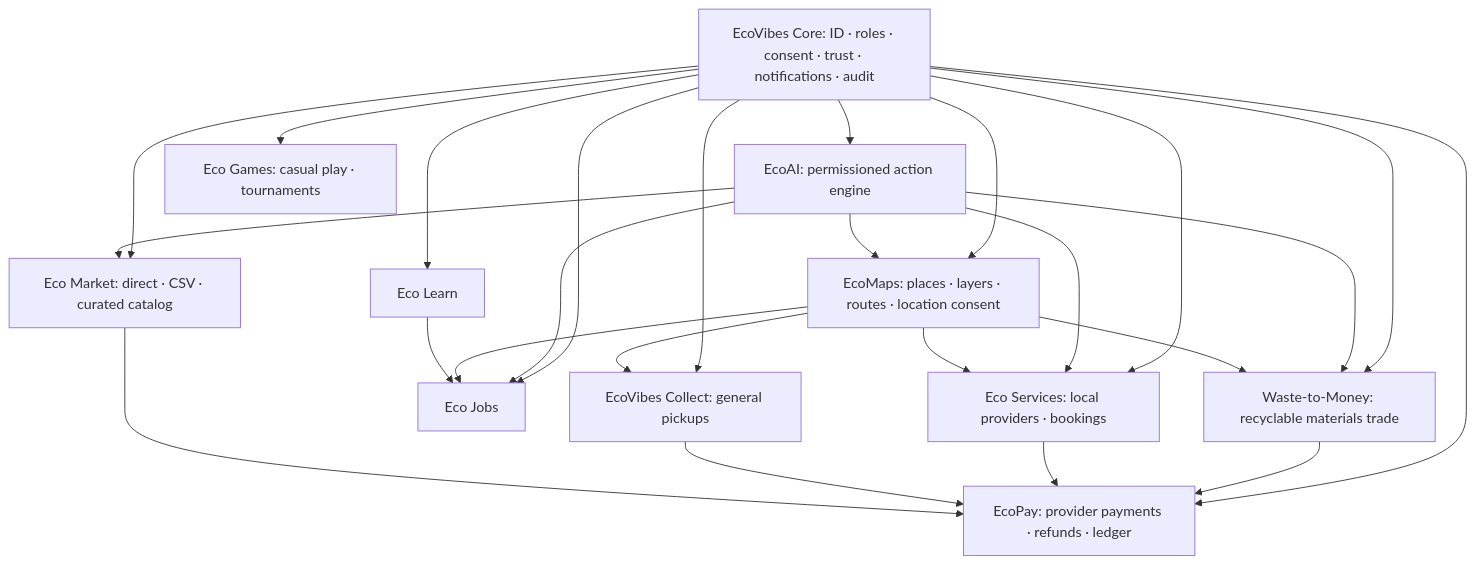
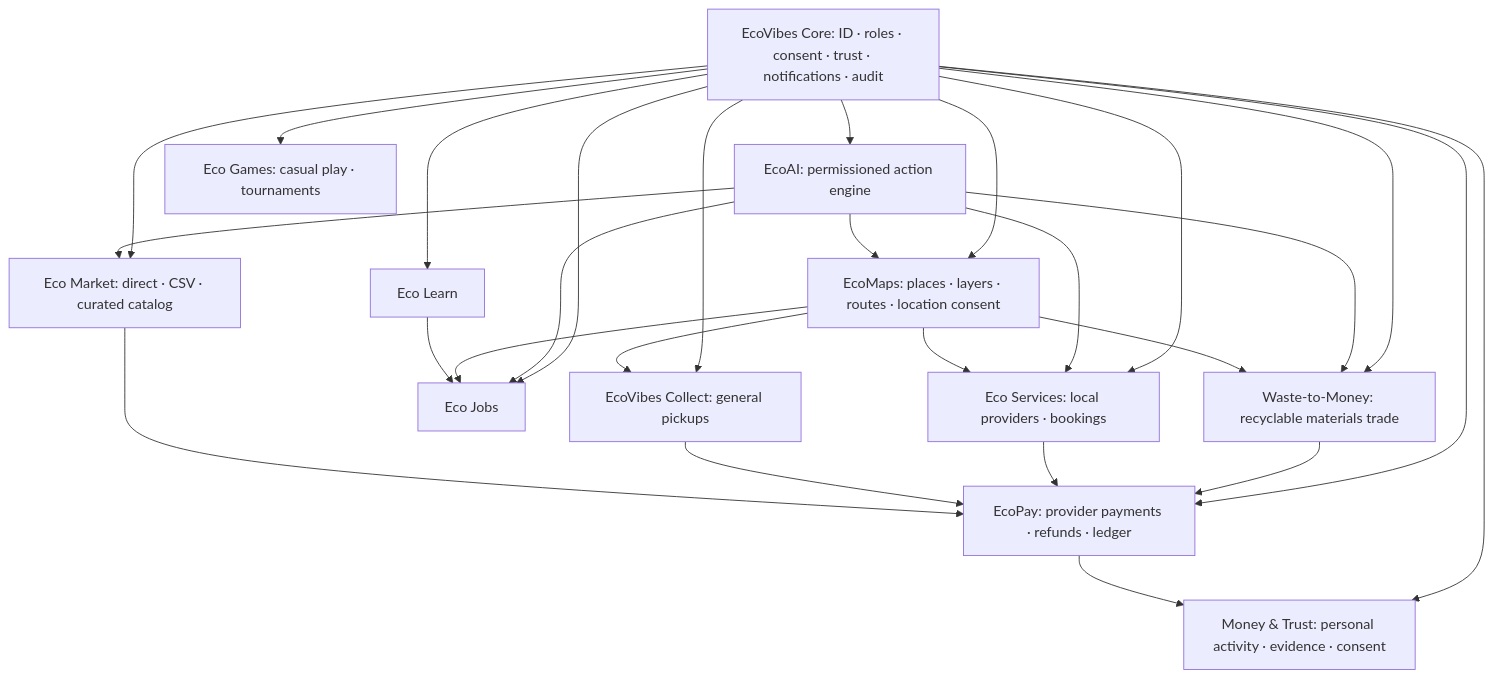
One commit to konyahphilip-byte/life-of-kings changed the diagram in docs/ecovibes-build-plan/README.md. Above: the diagram before and after it, drawn with Mermaid. The commit also changed other lines of this file and 29 other files, not shown here.

First line of the commit message:
Add private Money and Trust activity and harden test refund reconciliation

````diff
--- a/docs/ecovibes-build-plan/README.md
+++ b/docs/ecovibes-build-plan/README.md
@@ -13,38 +13,41 @@
 ```mermaid
 flowchart TB
   Core[EcoVibes Core: ID · roles · consent · trust · notifications · audit]
   AI[EcoAI: permissioned action engine]
   Pay[EcoPay: provider payments · refunds · ledger]
+  Money[Money & Trust: personal activity · evidence · consent]
   Maps[EcoMaps: places · layers · routes · location consent]
   Games[Eco Games: casual play · tournaments]
   Services[Eco Services: local providers · bookings]
   Jobs[Eco Jobs]
   Learn[Eco Learn]
   Waste[Waste-to-Money: recyclable materials trade]
   Collect[EcoVibes Collect: general pickups]
   Market[Eco Market: direct · CSV · curated catalog]
   Core --> AI
   Core --> Pay
+  Core --> Money
+  Pay --> Money
   Core --> Maps
   Core --> Games
   Core --> Services
   Core --> Jobs
   Core --> Learn
   Core --> Waste
   Core --> Collect
   Core --> Market
   AI --> Maps
   AI --> Services
   AI --> Jobs
   AI --> Waste
   AI --> Market
   Maps --> Services
   Maps --> Jobs
   Maps --> Waste
   Maps --> Collect
   Learn --> Jobs
   Waste --> Pay
   Services --> Pay
   Collect --> Pay
   Market --> Pay
 ```
````
